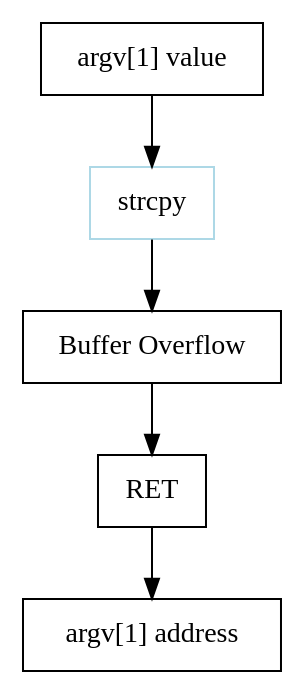
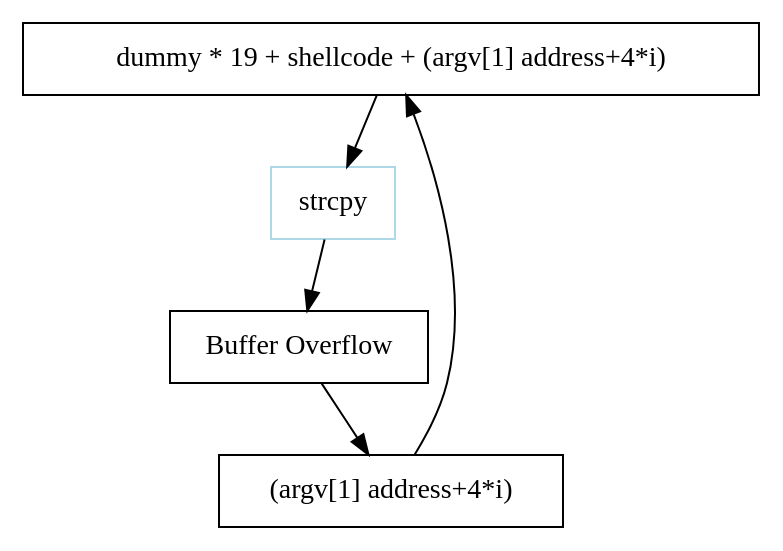
The diagram in docs/wargame/pwnable/lob6.rst (joizel/ctf_writeup), drawn with Graphviz before and after one commit. The commit also changed other lines of this file and 11 other files, not shown here.

```diff
--- a/docs/wargame/pwnable/lob6.rst
+++ b/docs/wargame/pwnable/lob6.rst
@@ -6,11 +6,10 @@
 .. graphviz::
 
     digraph foo {
-        a -> b -> c -> d -> e;
+        a -> b -> c -> d -> a;
 
-        a [shape=box, label="argv[1] value"];
+        a [shape=box, label="dummy * 19 + shellcode + (argv[1] address+4*i)"];
         b [shape=box, color=lightblue, label="strcpy"];
         c [shape=box, label="Buffer Overflow"];
-        d [shape=box, label="RET"];
-        e [shape=box, label="argv[1] address"];
+        d [shape=box, label="(argv[1] address+4*i)"];
     }
```
